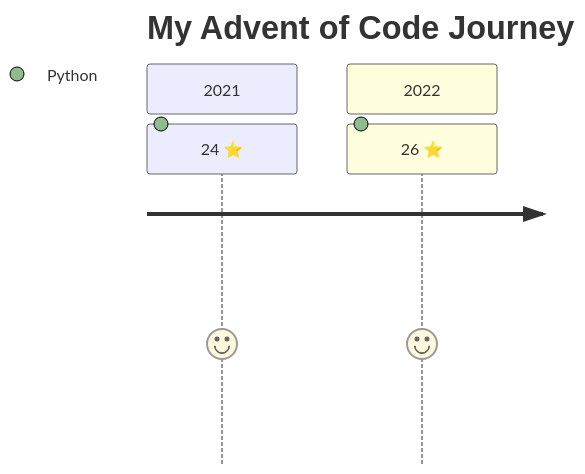
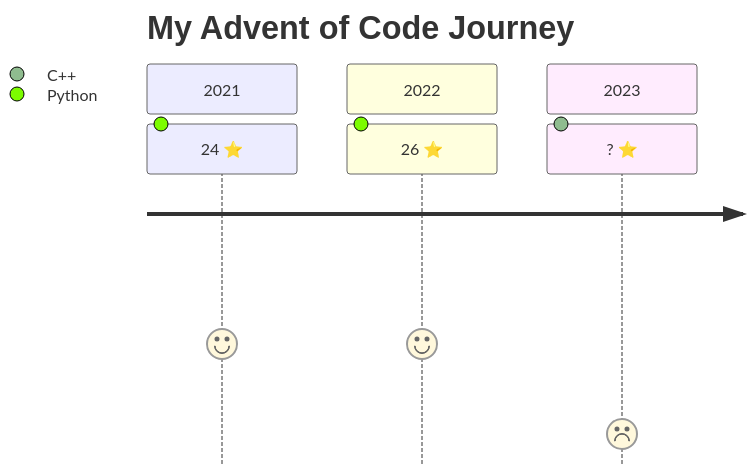
Before and after one commit to mlcsthor/advent-of-code: the diagram in README.md, drawn with Mermaid.

Commit message:
:memo: Update README

````diff
--- a/README.md
+++ b/README.md
@@ -1,8 +1,10 @@
 ```mermaid
 journey
     title My Advent of Code Journey
     section 2021
       24 ⭐: 4: Python
     section 2022
       26 ⭐: 4: Python
+    section 2023
+      ? ⭐: 1: C++
 ```
````
